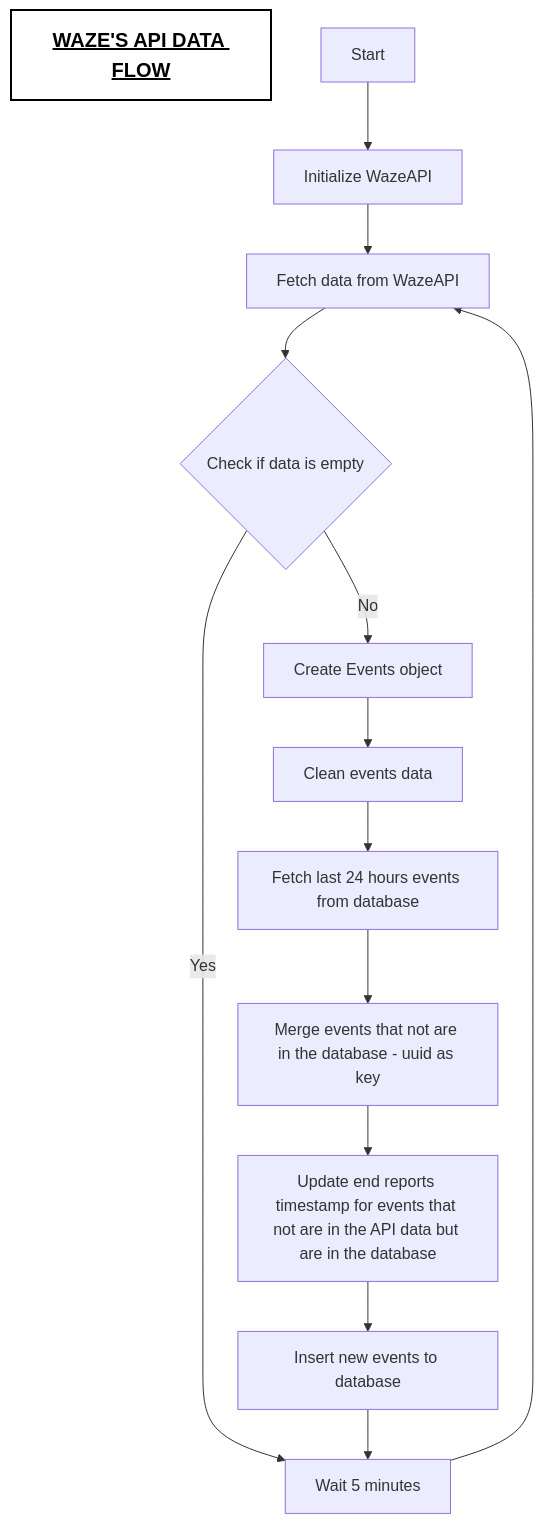
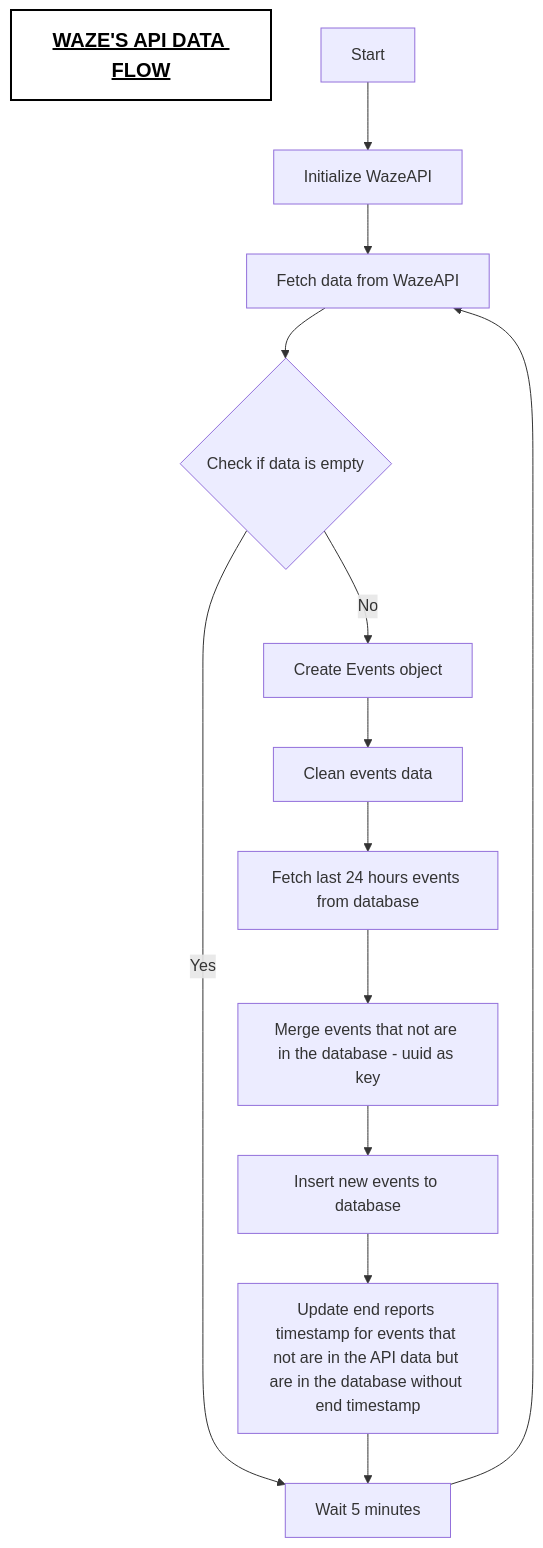
Before and after one commit to richardhapb/antof-traffic-client: the diagram in docs/diagram_info.md, drawn with Mermaid. The commit also changed 5 other files, not shown here.

```diff
--- a/docs/diagram_info.md
+++ b/docs/diagram_info.md
@@ -1,18 +1,18 @@
 ::: mermaid
 graph TD
     title[<u>WAZE'S API DATA FLOW</u>]
     style title fill:#FFF,stroke:#000,stroke-width:2px, font-size: 20px, font-weight: bold,color:#000
 
     A[Start] --> B[Initialize WazeAPI]
     B --> F[Fetch data from WazeAPI]
     F --> G{Check if data is empty}
     G -->|No| H[Create Events object]
     G -->|Yes| LOOP[Wait 5 minutes]
     H --> M[Clean events data]
     M --> Q[Fetch last 24 hours events from database]
-    Q --> T[Merge events that not are in the database - uuid as key]
-    T --> U[Update end reports timestamp for events that not are in the API data but are in the database]
-    U --> V[Insert new events to database]
+    Q --> U[Merge events that not are in the database - uuid as key]
+    U --> T[Insert new events to database]
+    T --> V[Update end reports timestamp for events that not are in the API data but are in the database without end timestamp]
     V --> LOOP
     LOOP --> F
 :::
```
